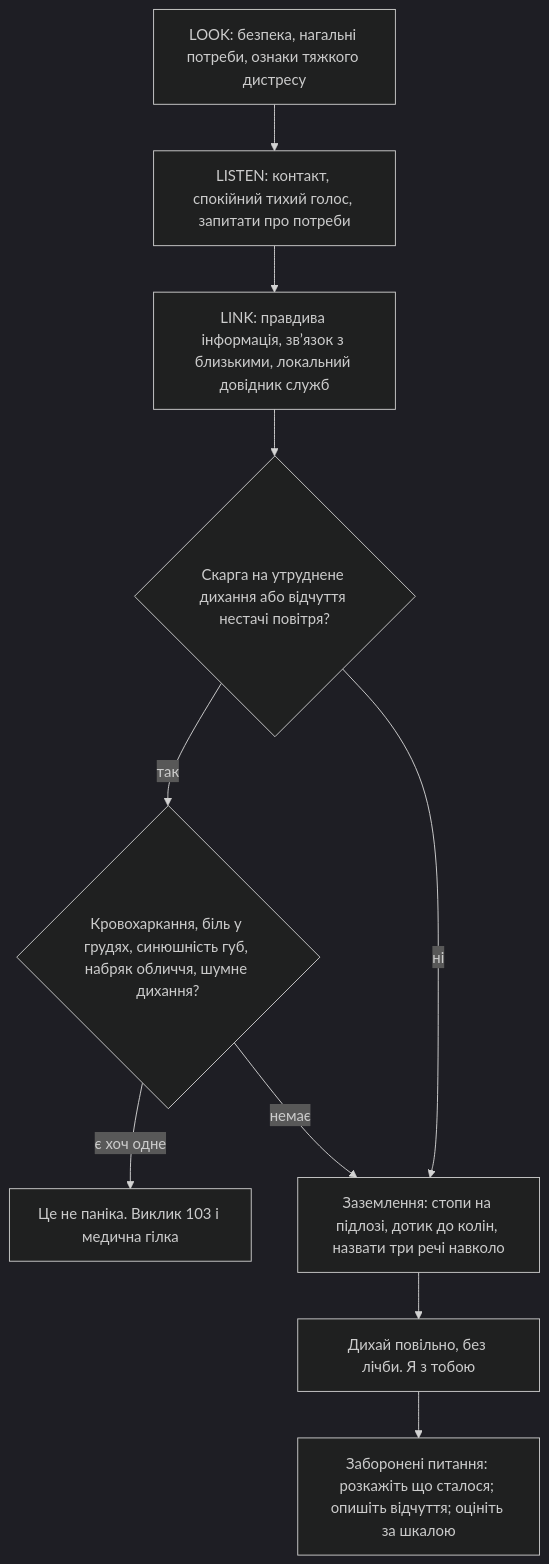
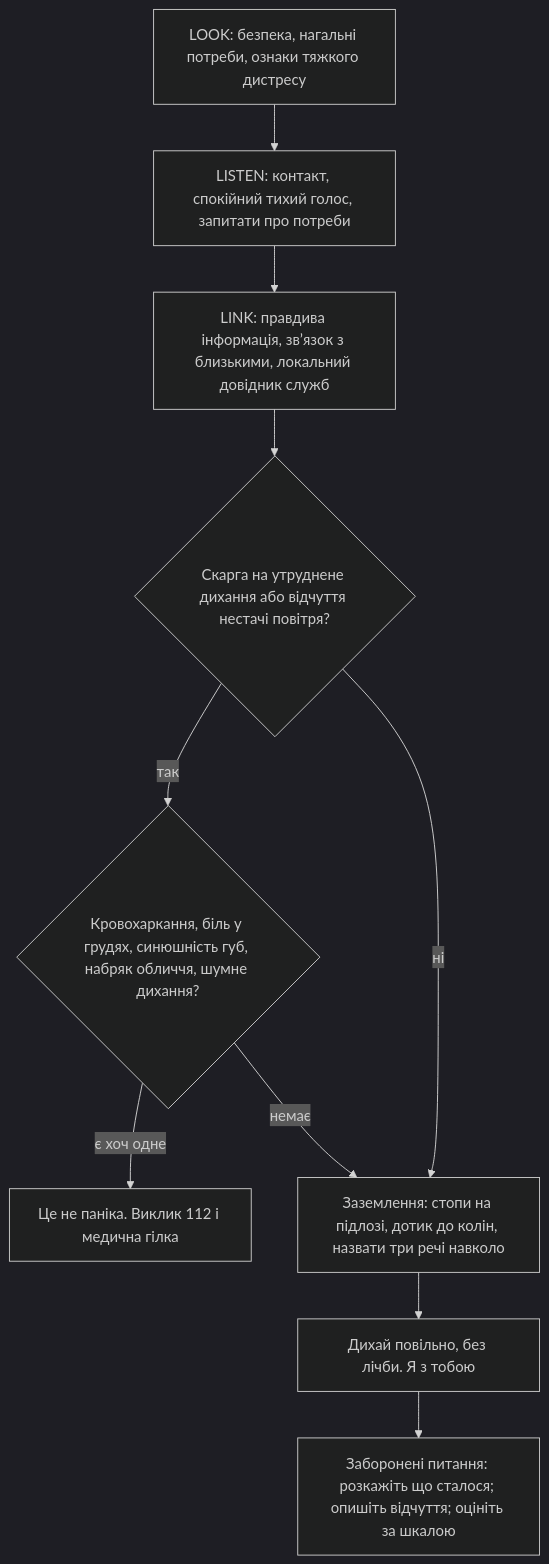
Before and after one commit to kaiserdem/ZeroEchelon: the eighth of 12 diagrams in docs/04-блок-схеми.md, drawn with Mermaid (dark theme). The commit also changed other lines of this file and 21 other files, not shown here.

````diff
--- a/docs/04-блок-схеми.md
+++ b/docs/04-блок-схеми.md
@@ -216,12 +216,12 @@
 ```mermaid
 flowchart TD
   G0["LOOK: безпека, нагальні потреби, ознаки тяжкого дистресу"] --> G1["LISTEN: контакт, спокійний тихий голос, запитати про потреби"]
   G1 --> G2["LINK: правдива інформація, звʼязок з близькими, локальний довідник служб"]
   G2 --> G3{"Скарга на утруднене дихання або відчуття нестачі повітря?"}
   G3 -->|"так"| Flags{"Кровохаркання, біль у грудях, синюшність губ, набряк обличчя, шумне дихання?"}
-  Flags -->|"є хоч одне"| Organic["Це не паніка. Виклик 103 і медична гілка"]
+  Flags -->|"є хоч одне"| Organic["Це не паніка. Виклик 112 і медична гілка"]
   Flags -->|"немає"| Ground["Заземлення: стопи на підлозі, дотик до колін, назвати три речі навколо"]
   G3 -->|"ні"| Ground
   Ground --> Slow["Дихай повільно, без лічби. Я з тобою"]
   Slow --> Ban["Заборонені питання: розкажіть що сталося; опишіть відчуття; оцініть за шкалою"]
 ```
````
